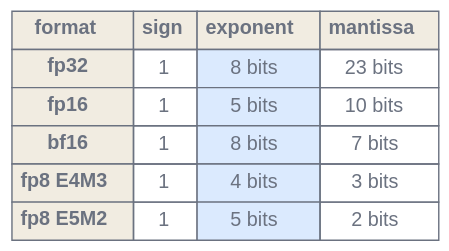
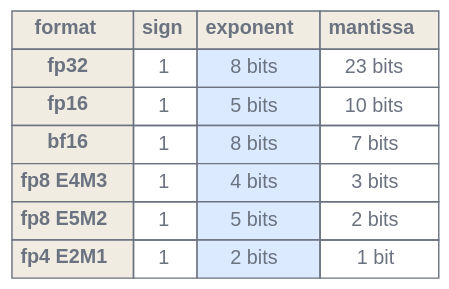
The third of 4 diagrams in en/foundations/06-training-at-scale.qmd (latere-ai/ai-as-an-infrastructure), drawn with Graphviz before and after one commit. The commit also changed other lines of this file and 14 other files, not shown here.

Commit message:
foundations: trained sparse attention branch, fp4 training boundary, shipped hybrid stacks, blt/h-net, muon at 1t scale (en+zh)

````diff
--- a/en/foundations/06-training-at-scale.qmd
+++ b/en/foundations/06-training-at-scale.qmd
@@ -176,19 +191,20 @@
 ```{dot}
 //| label: fig-training-precision
-//| fig-cap: "Bit layouts of the training precisions. Sign, exponent, and mantissa fields drawn to width. bf16 inherits fp32's eight exponent bits, which is why it spans the same range without loss scaling."
+//| fig-cap: "Bit layouts of the training precisions. Sign, exponent, and mantissa fields drawn to width. bf16 inherits fp32's eight exponent bits, which is why it spans the same range without loss scaling. fp4's E2M1 keeps almost none, which is why the microscaling formats attach a scale factor to each small block of values."
 digraph precision {
   bgcolor="transparent";
   rankdir=LR;
   node [shape=plaintext, fontname="Helvetica", fontcolor="#6b7280"];
   t [label=<
     <table border="0" cellborder="1" cellspacing="0" cellpadding="5" color="#6b7280">
       <tr><td bgcolor="#f1ece1"><b>format</b></td><td bgcolor="#f1ece1"><b>sign</b></td><td bgcolor="#f1ece1"><b>exponent</b></td><td bgcolor="#f1ece1"><b>mantissa</b></td></tr>
       <tr><td bgcolor="#f1ece1"><b>fp32</b></td><td>1</td><td bgcolor="#dbeafe">8 bits</td><td>23 bits</td></tr>
       <tr><td bgcolor="#f1ece1"><b>fp16</b></td><td>1</td><td bgcolor="#dbeafe">5 bits</td><td>10 bits</td></tr>
       <tr><td bgcolor="#f1ece1"><b>bf16</b></td><td>1</td><td bgcolor="#dbeafe">8 bits</td><td>7 bits</td></tr>
       <tr><td bgcolor="#f1ece1"><b>fp8 E4M3</b></td><td>1</td><td bgcolor="#dbeafe">4 bits</td><td>3 bits</td></tr>
       <tr><td bgcolor="#f1ece1"><b>fp8 E5M2</b></td><td>1</td><td bgcolor="#dbeafe">5 bits</td><td>2 bits</td></tr>
+      <tr><td bgcolor="#f1ece1"><b>fp4 E2M1</b></td><td>1</td><td bgcolor="#dbeafe">2 bits</td><td>1 bit</td></tr>
     </table>
   >];
 }
 ```
````
